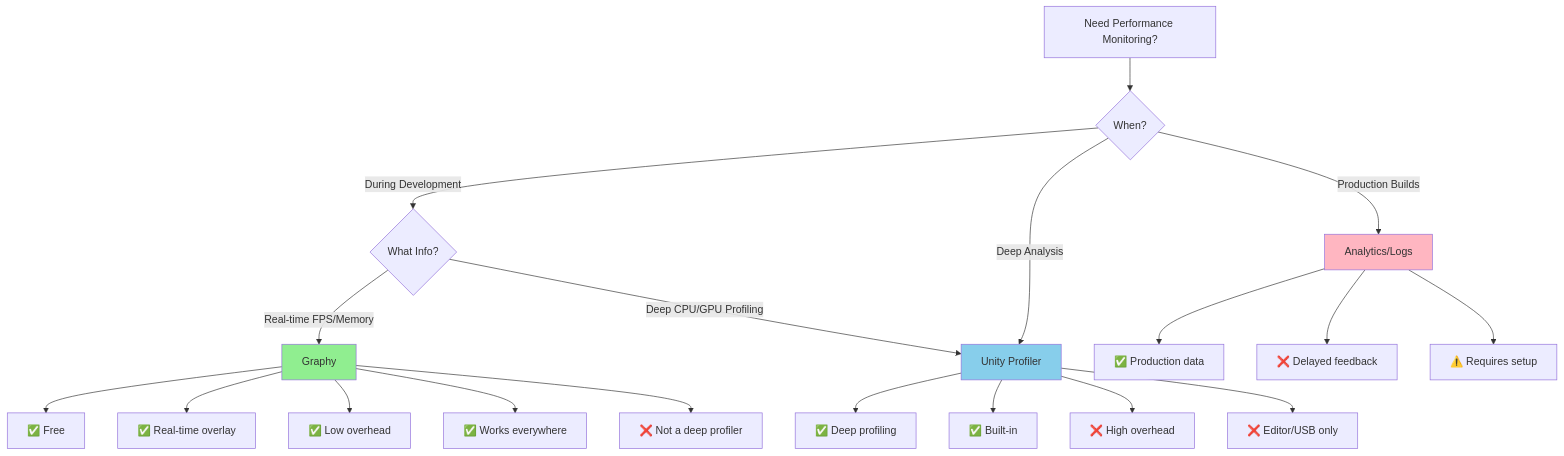
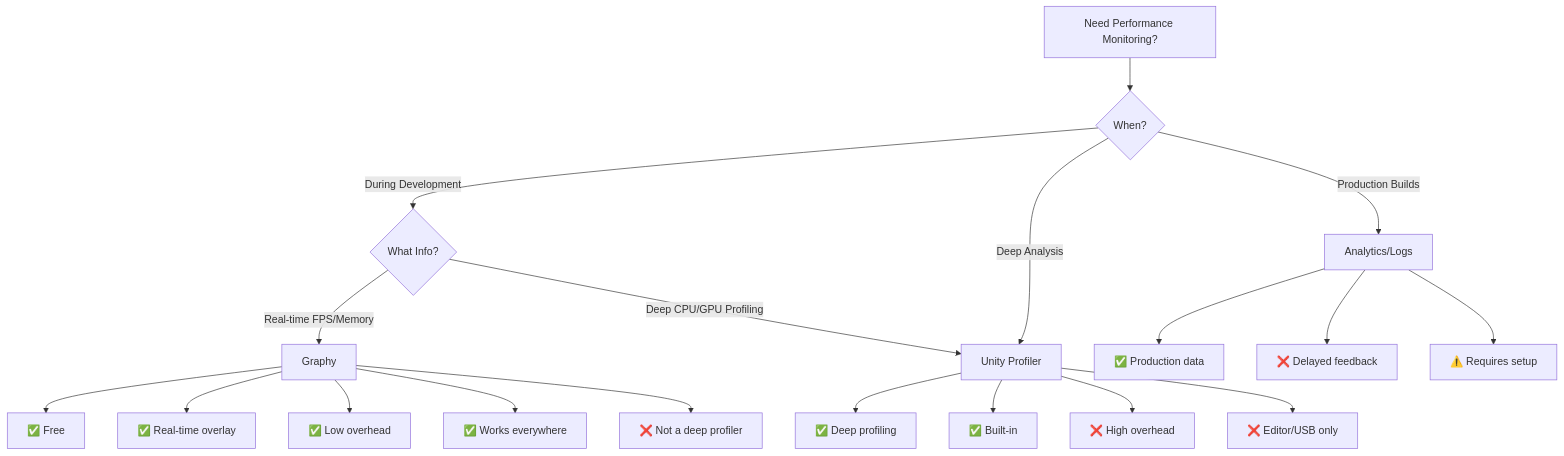
The diagram in docs/graphy/README.md (wallstop/unity-tips), drawn with Mermaid before and after one commit. The commit also changed 27 other files, not shown here.

Commit message:
Convert ASCII diagrams to Mermaid format (#30)

````diff
--- a/docs/graphy/README.md
+++ b/docs/graphy/README.md
@@ -535,30 +535,27 @@
 ```mermaid
 graph TD
     A[Need Performance Monitoring?] --> B{When?}
 
     B -->|During Development| C{What Info?}
     B -->|Deep Analysis| D[Unity Profiler]
     B -->|Production Builds| E[Analytics/Logs]
 
     C -->|Real-time FPS/Memory| F[Graphy]
     C -->|Deep CPU/GPU Profiling| D
 
     F --> F1[✅ Free]
     F --> F2[✅ Real-time overlay]
     F --> F3[✅ Low overhead]
     F --> F4[✅ Works everywhere]
     F --> F5[❌ Not a deep profiler]
 
     D --> D1[✅ Deep profiling]
     D --> D2[✅ Built-in]
     D --> D3[❌ High overhead]
     D --> D4[❌ Editor/USB only]
 
     E --> E1[✅ Production data]
     E --> E2[❌ Delayed feedback]
     E --> E3[⚠️ Requires setup]
 
-    style F fill:#90EE90
-    style D fill:#87CEEB
-    style E fill:#FFB6C1
 ```
````
